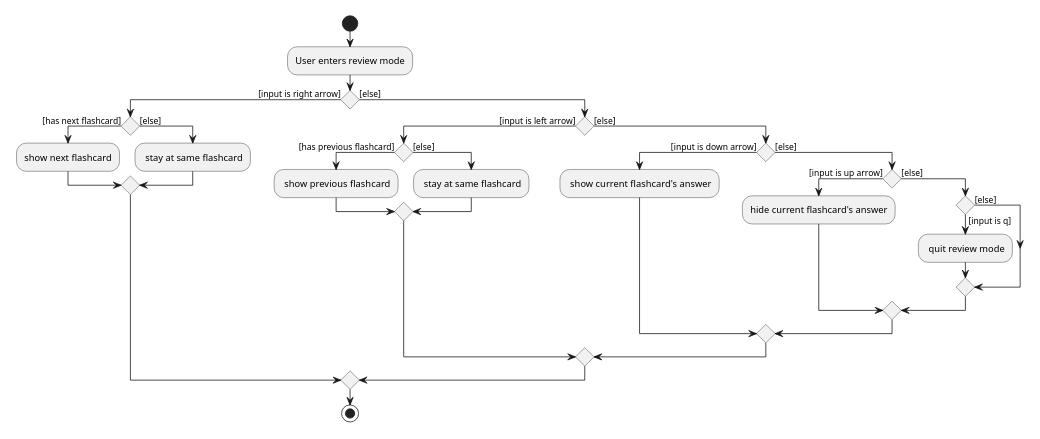
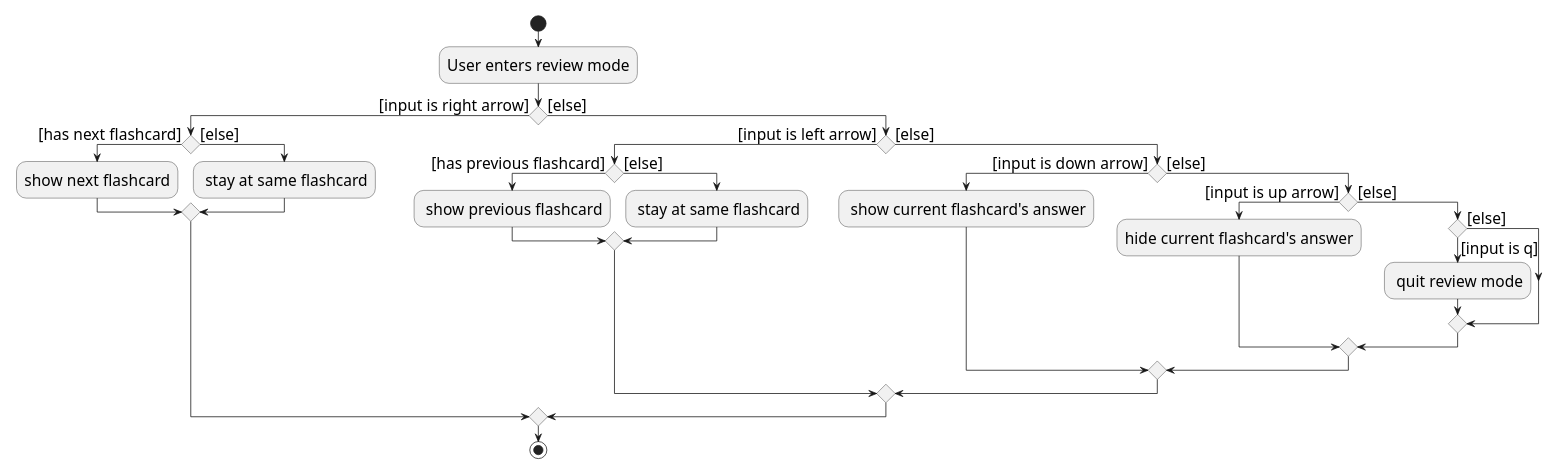
The diagram in docs/diagrams/ReviewActivityDiagram.puml (nus-cs2103-AY2021S1/tp), drawn with PlantUML before and after one commit. The commit also changed 3 other files, not shown here.

Commit message:
Fix review and sort font size

```diff
--- a/docs/diagrams/ReviewActivityDiagram.puml
+++ b/docs/diagrams/ReviewActivityDiagram.puml
@@ -1,38 +1,40 @@
 @startuml
 scale 0.5
+skinparam defaultFontSize 20
+
 start
 :User enters review mode;
 
 'Since the beta syntax does not support placing the condition outside the
 'diamond we place it as the true branch instead.
 
 if () then ([input is right arrow])
     if () then ([has next flashcard])
         :show next flashcard;
     else ([else])
         : stay at same flashcard;
     endif
 else ([else])
     if () then ([input is left arrow])
         if () then ([has previous flashcard])
             : show previous flashcard;
         else ([else])
             : stay at same flashcard;
         endif
     else ([else])
         if () then ([input is down arrow])
             : show current flashcard's answer;
         else ([else])
             if () then ([input is up arrow])
                 :hide current flashcard's answer;
             else ([else])
                 if () then ([input is q])
                     : quit review mode;
                 else ([else])
                 endif
             endif
          endif
     endif
 endif
 stop
 @enduml
```
